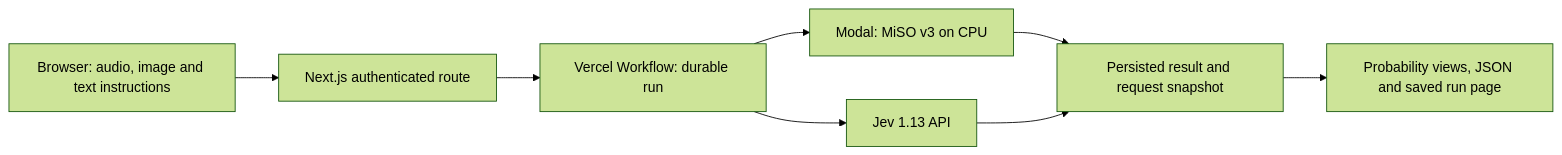
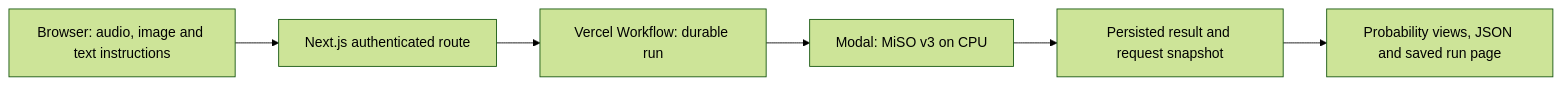
Before and after one commit to btoo/multimodal-system-one: the diagram in docs/playground.md, drawn with Mermaid (forest theme). The commit also changed other lines of this file and 12 other files, not shown here.

````diff
--- a/docs/playground.md
+++ b/docs/playground.md
@@ -5,10 +5,8 @@
 ```mermaid
 flowchart LR
     B[Browser: audio, image and text instructions] --> R[Next.js authenticated route]
     R --> W[Vercel Workflow: durable run]
     W --> M[Modal: MiSO v3 on CPU]
-    W --> J[Jev 1.13 API]
     M --> O[Persisted result and request snapshot]
-    J --> O
     O --> V[Probability views, JSON and saved run page]
 ```
````
